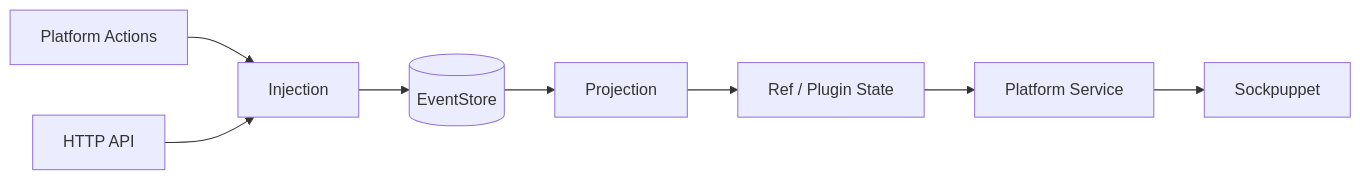
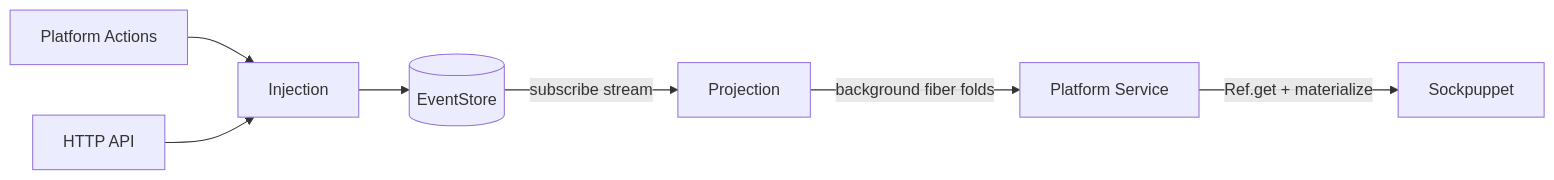
One commit to ToxicPine/bernays changed the first of 7 diagrams in ARCHITECTURE.md. Above: the diagram before and after it, drawn with Mermaid. The commit also changed other lines of this file and 1 other file, not shown here.

Commit message:
Update plans: reactive EventStore with subscribe stream, not deferred polling

````diff
--- a/ARCHITECTURE.md
+++ b/ARCHITECTURE.md
@@ -209,10 +210,9 @@
 ```mermaid
 graph LR
     ACT[Platform Actions] --> INJ[Injection]
     API[HTTP API] --> INJ
     INJ --> ES[(EventStore)]
-    ES --> PR[Projection]
-    PR --> REF[Ref / Plugin State]
-    REF --> PL[Platform Service]
-    PL --> SP[Sockpuppet]
+    ES -->|"subscribe stream"| PR[Projection]
+    PR -->|"background fiber folds"| PL[Platform Service]
+    PL -->|"Ref.get + materialize"| SP[Sockpuppet]
 ```
````
